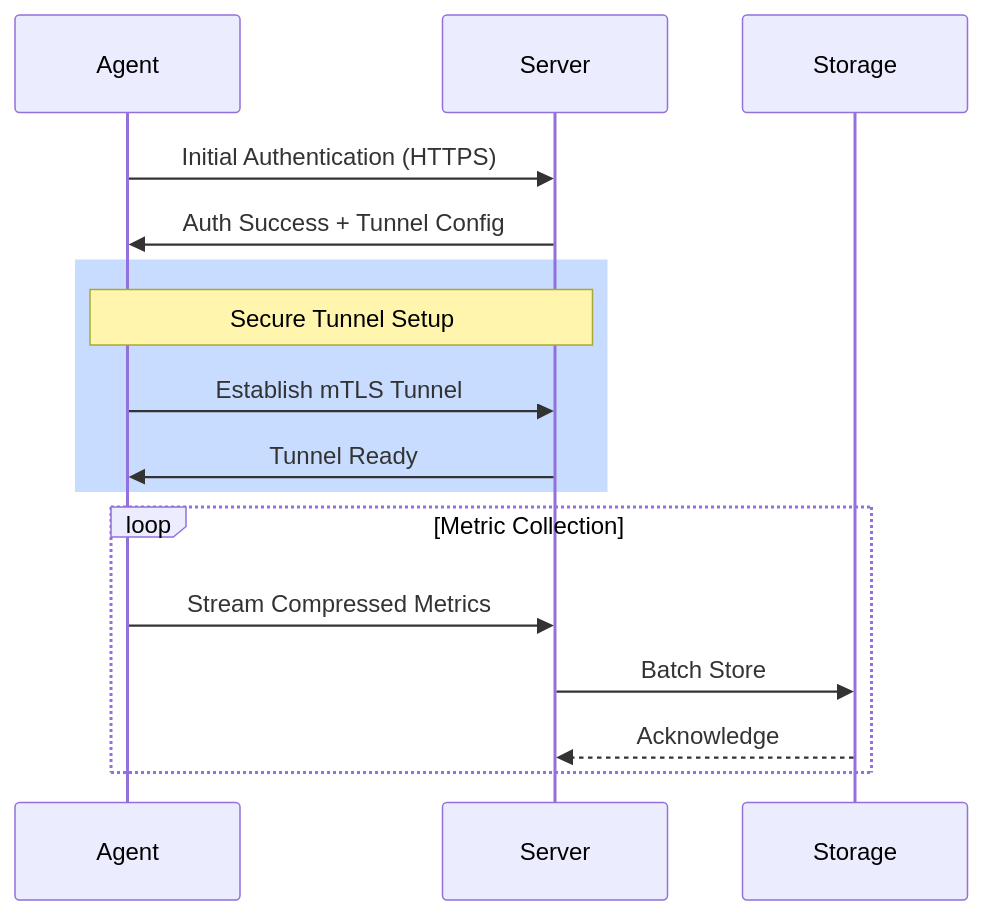
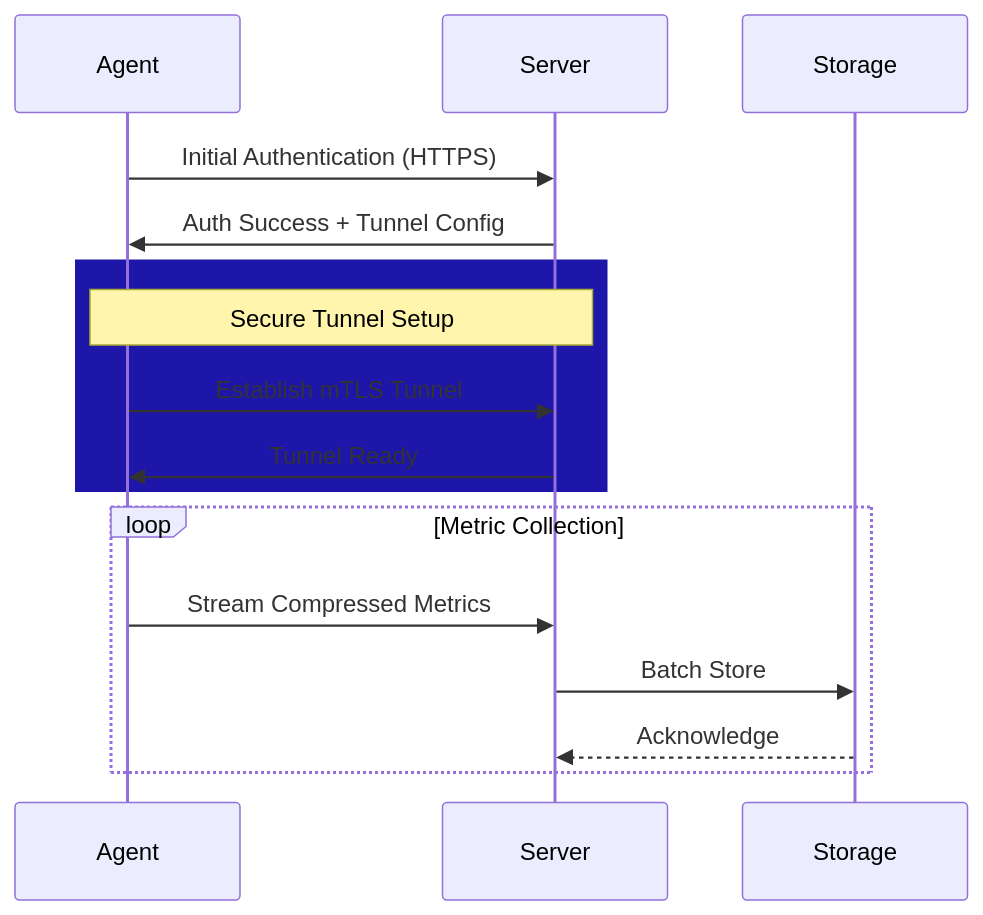
The second of 6 diagrams in README.md (archiixdotdev/lightwatch), drawn with Mermaid before and after one commit.

Commit message:
update diagram color in README for secure tunnel setup

````diff
--- a/README.md
+++ b/README.md
@@ -53,21 +53,21 @@
 ```mermaid
 sequenceDiagram
     participant Agent
     participant Server
     participant Storage
     
     Agent->>Server: Initial Authentication (HTTPS)
     Server->>Agent: Auth Success + Tunnel Config
     
-    rect rgb(200, 220, 255)
+    rect rgb(29, 22, 169)
         Note over Agent,Server: Secure Tunnel Setup
         Agent->>Server: Establish mTLS Tunnel
         Server->>Agent: Tunnel Ready
     end
     
     loop Metric Collection
         Agent->>Server: Stream Compressed Metrics
         Server->>Storage: Batch Store
         Storage-->>Server: Acknowledge
     end
 ```
````
